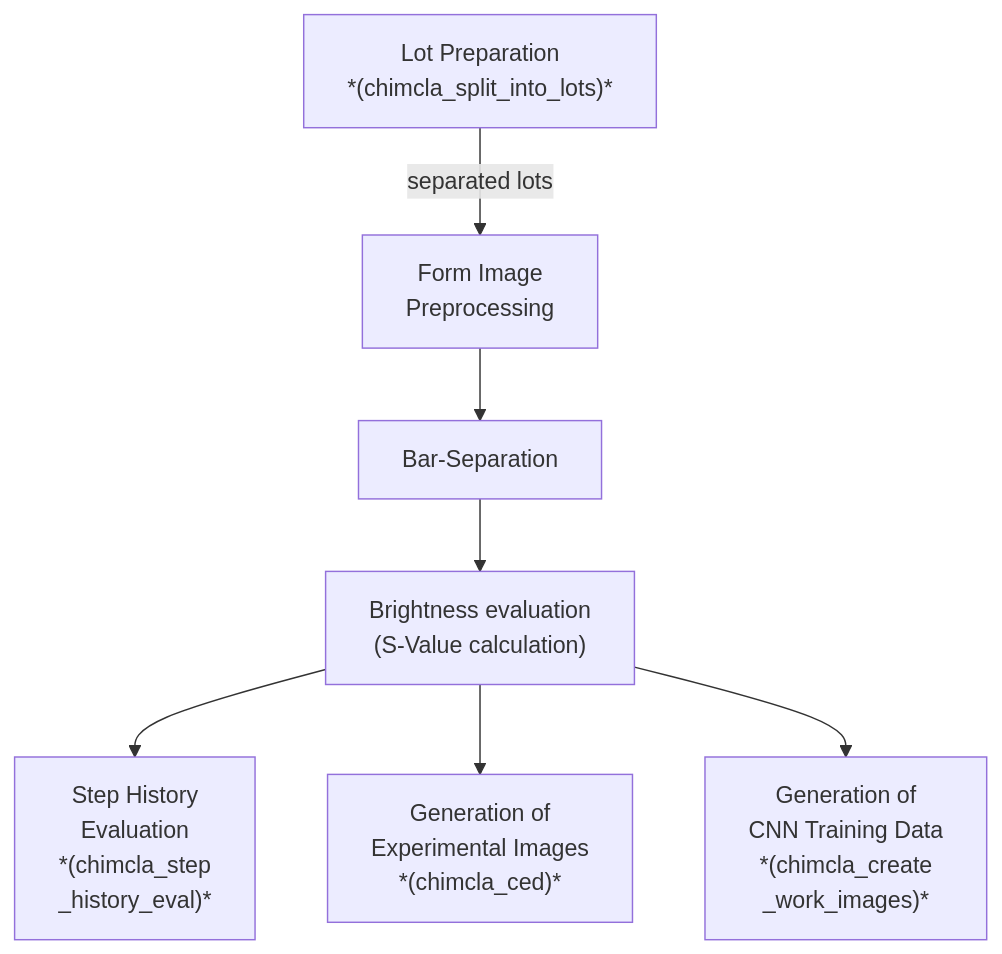
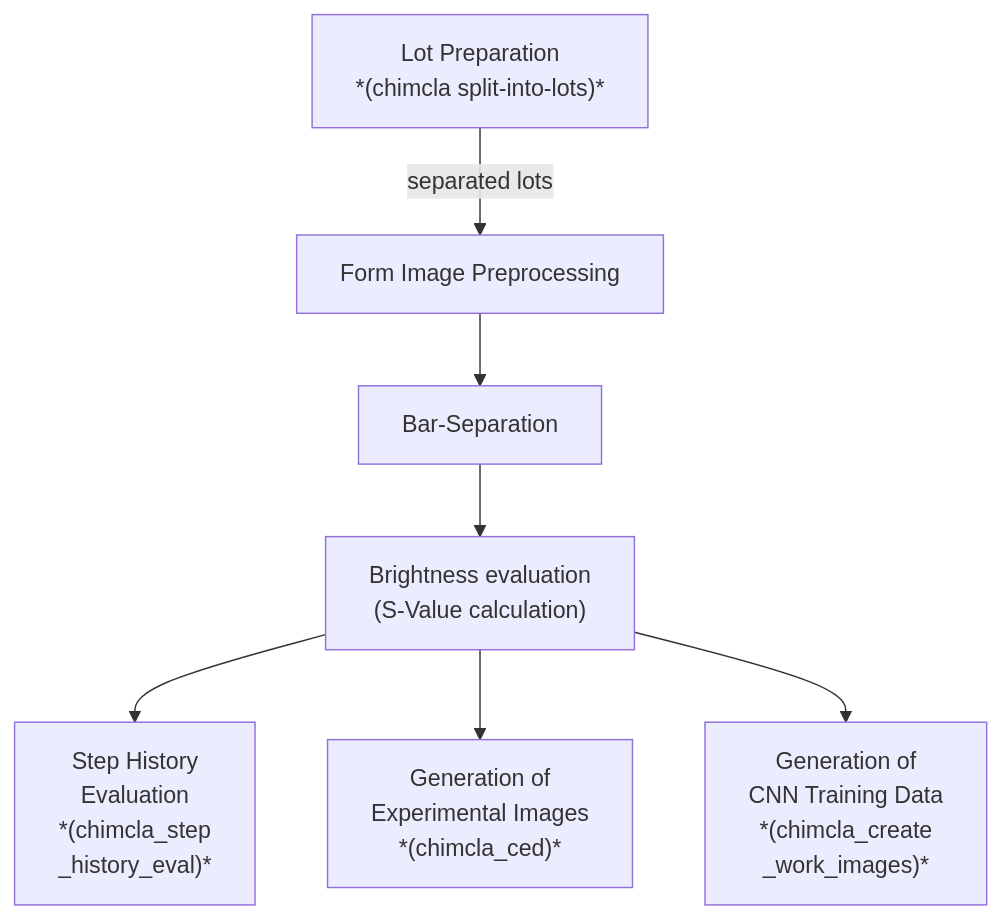
One commit to cknoll/chimcla changed the diagram in docs/source/background.md. Above: the diagram before and after it, drawn with Mermaid. The commit also changed 8 other files, not shown here.

````diff
--- a/docs/source/background.md
+++ b/docs/source/background.md
@@ -6,20 +6,19 @@
 ```mermaid
   graph TD
     A["Lot Preparation
-    *(chimcla_split_into_lots)*"] --> |separated lots|B[Form Image
-    Preprocessing]
+    *(chimcla split-into-lots)*"] --> |separated lots|B[Form Image Preprocessing]
     B --> C[Bar-Separation]
     C --> D["Brightness evaluation
     (S-Value calculation)"]
     D -->F["Step History
             Evaluation
             *(chimcla_step
             _history_eval)*"]
     D -->G["Generation of
             Experimental Images
             *(chimcla_ced)*"]
     D --> E["Generation of
             CNN Training Data
             *(chimcla_create
             _work_images)*"]
 ```
````
